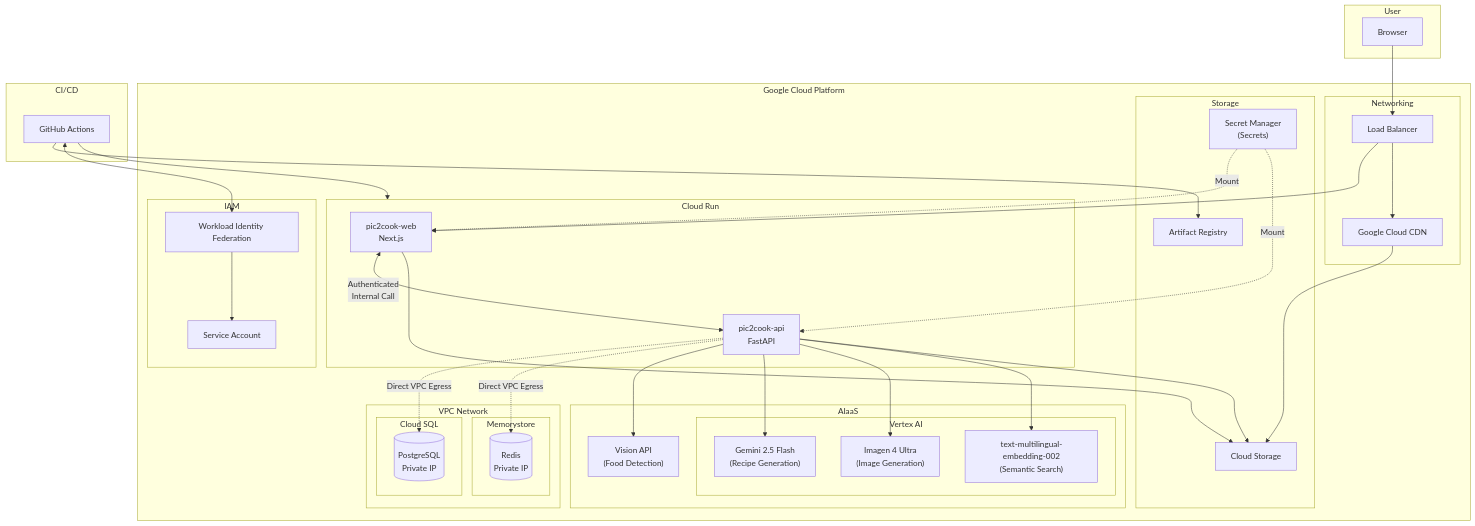
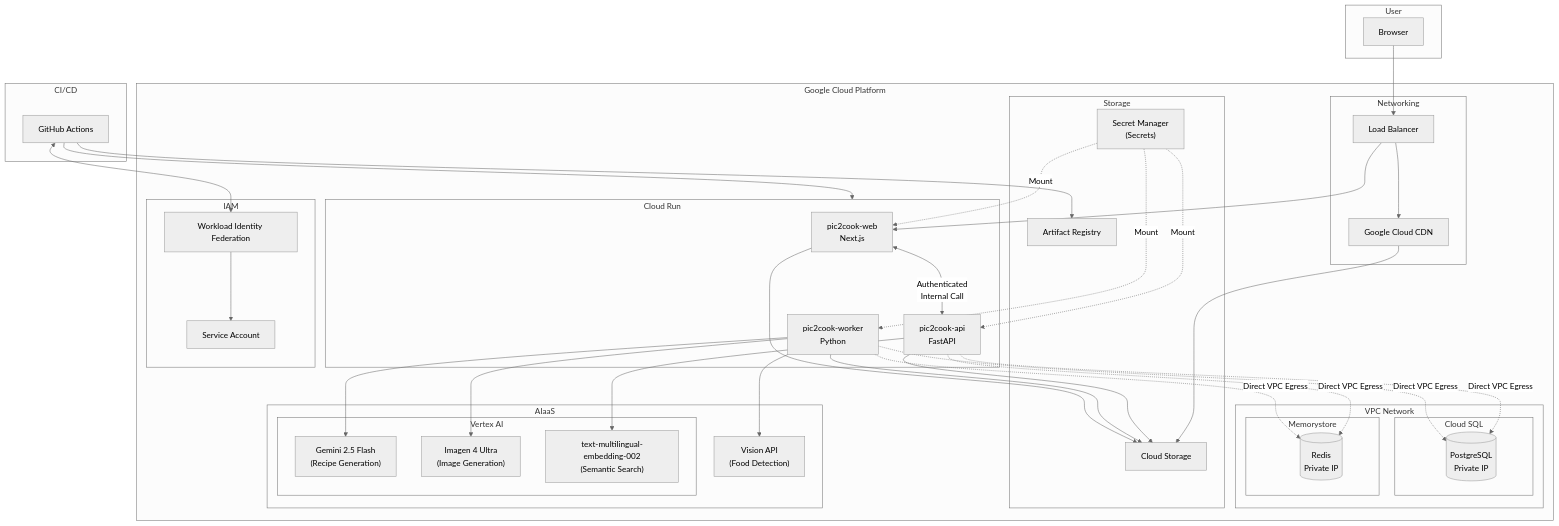
The first of 2 diagrams in pic2cook/README.md (pic2cook/diagrams), drawn with Mermaid before and after one commit.

Commit message:
Update README.md from pic2cook/pic2cook (18d68cfeb25892a48d462660ce1d8122b9103eb8)

````diff
--- a/pic2cook/README.md
+++ b/pic2cook/README.md
@@ -7,4 +7,8 @@
 ```mermaid
+---
+config:
+  theme: "neutral"
+---
 flowchart TB
     subgraph Users["User"]
         Browser["Browser"]
@@ -20,6 +24,7 @@
         subgraph CloudRun["Cloud Run"]
             WebService["pic2cook-web<br/>Next.js"]
             APIService["pic2cook-api<br/>FastAPI"]
+            WorkerService["pic2cook-worker<br/>Python"]
         end
 
         subgraph VPCNetwork["VPC Network"]
@@ -69,17 +74,22 @@
     %% Backend logic
     APIService -.->|Direct VPC Egress| PostgreSQL
     APIService -.->|Direct VPC Egress| Redis
+    WorkerService -.->|Direct VPC Egress| PostgreSQL
+    WorkerService -.->|Direct VPC Egress| Redis
 
-    APIService --> VisionAPI
-    APIService --> Gemini
-    APIService --> Imagen
     APIService --> Embeddings
+
+    WorkerService --> VisionAPI
+    WorkerService --> Gemini
+    WorkerService --> Imagen
 
     %% Storage & Secrets
     APIService --> GCS
+    WorkerService --> GCS
     WebService --> GCS
     SecretManager -.->|Mount| WebService
     SecretManager -.->|Mount| APIService
+    SecretManager -.->|Mount| WorkerService
 
     %% CI/CD
     GitHub --> ArtifactRegistry
````
